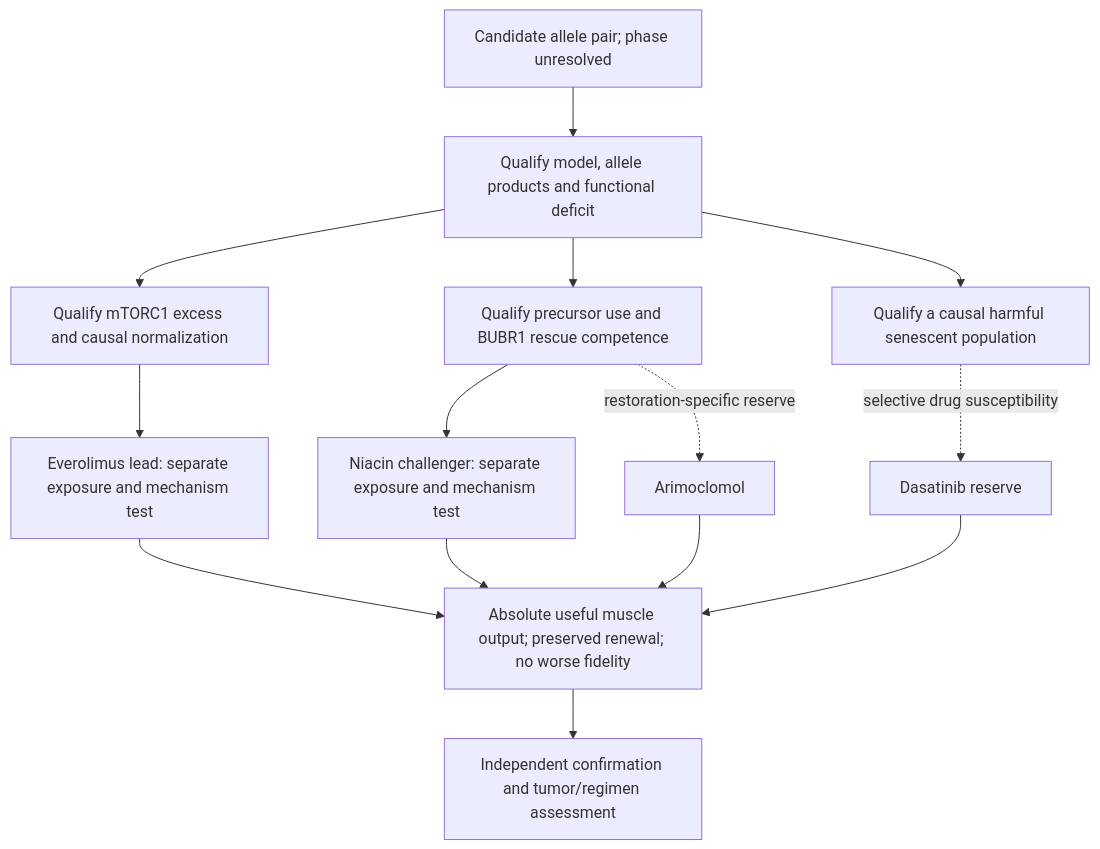
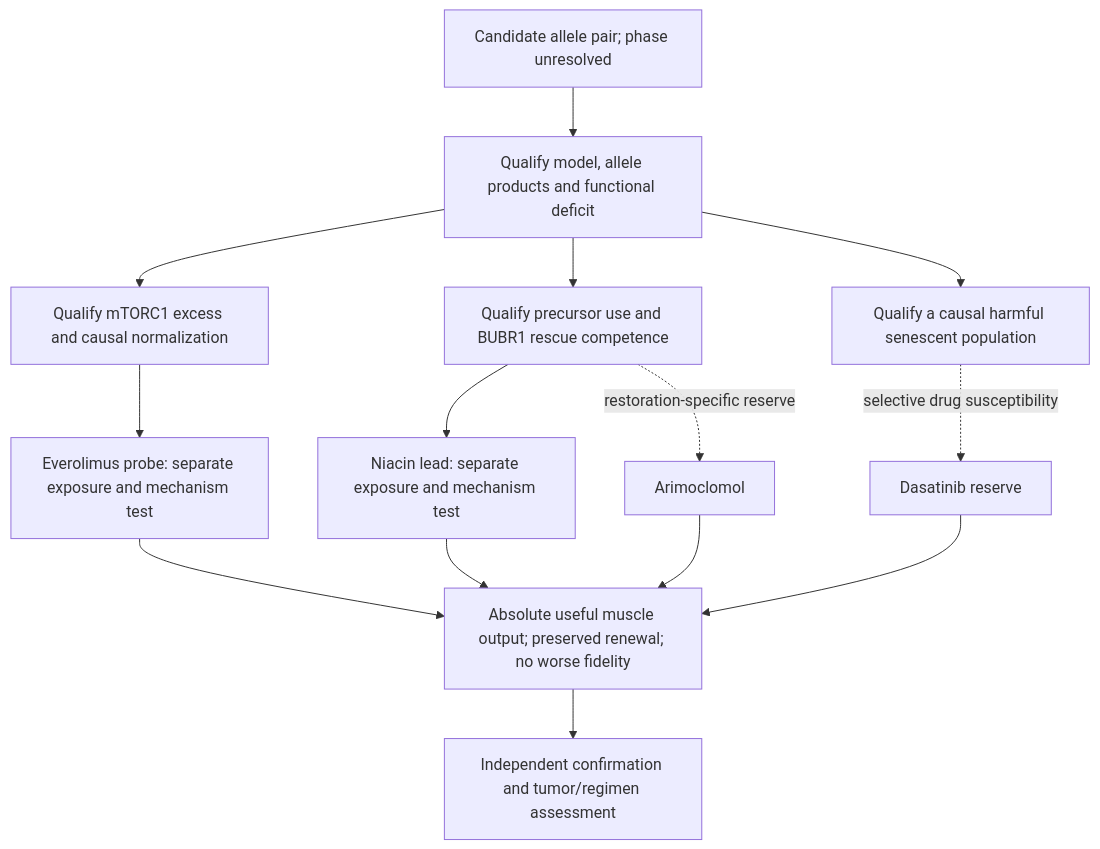
The diagram in reports/appendices/track2-evidence-pipeline.md (EternaPeptix/mva-hackathon), drawn with Mermaid before and after one commit. The commit also changed other lines of this file and 38 other files, not shown here.

````diff
--- a/reports/appendices/track2-evidence-pipeline.md
+++ b/reports/appendices/track2-evidence-pipeline.md
@@ -54,16 +55,16 @@
 ```mermaid
 flowchart TD
     G[Candidate allele pair; phase unresolved] --> A[Qualify model, allele products and functional deficit]
+    A --> R[Qualify precursor use and BUBR1 rescue competence]
     A --> M[Qualify mTORC1 excess and causal normalization]
-    A --> R[Qualify precursor use and BUBR1 rescue competence]
     A --> Q[Qualify a causal harmful senescent population]
-    M --> E[Everolimus lead: separate exposure and mechanism test]
-    R --> N[Niacin challenger: separate exposure and mechanism test]
+    R --> N[Niacin lead: separate exposure and mechanism test]
+    M --> E[Everolimus probe: separate exposure and mechanism test]
     E --> F[Absolute useful muscle output; preserved renewal; no worse fidelity]
     N --> F
     F --> C[Independent confirmation and tumor/regimen assessment]
     R -. restoration-specific reserve .-> H[Arimoclomol]
     Q -. selective drug susceptibility .-> S[Dasatinib reserve]
     H --> F
     S --> F
 ```
````
